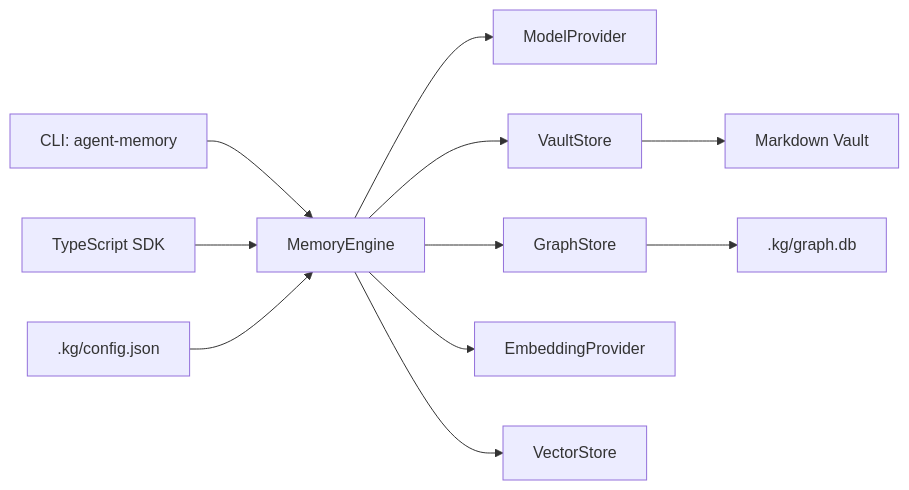
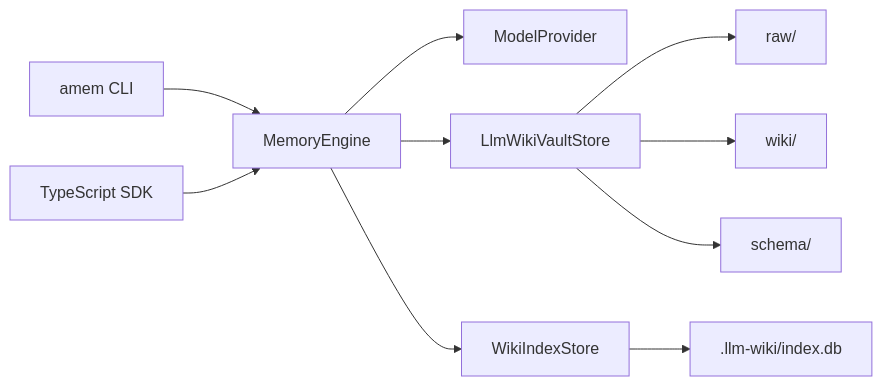
The diagram in docs/ARCHITECTURE.en.md (xianlinyi/agent-memory), drawn with Mermaid before and after one commit. The commit also changed other lines of this file and 26 other files, not shown here.

Commit message:
Rename CLI prefix to amem

````diff
--- a/docs/ARCHITECTURE.en.md
+++ b/docs/ARCHITECTURE.en.md
@@ -14,13 +15,12 @@
 ```mermaid
 flowchart LR
-  CLI["CLI: agent-memory"] --> Engine["MemoryEngine"]
+  CLI["amem CLI"] --> Engine["MemoryEngine"]
   SDK["TypeScript SDK"] --> Engine
   Engine --> Model["ModelProvider"]
-  Engine --> Vault["VaultStore"]
-  Engine --> Graph["GraphStore"]
-  Engine --> Embedding["EmbeddingProvider"]
-  Engine --> Vector["VectorStore"]
-  Vault --> Files["Markdown Vault"]
-  Graph --> SQLite[".kg/graph.db"]
-  Config[".kg/config.json"] --> Engine
+  Engine --> Vault["LlmWikiVaultStore"]
+  Engine --> Index["WikiIndexStore"]
+  Vault --> Raw["raw/"]
+  Vault --> Wiki["wiki/"]
+  Vault --> Schema["schema/"]
+  Index --> SQLite[".llm-wiki/index.db"]
 ```
````
